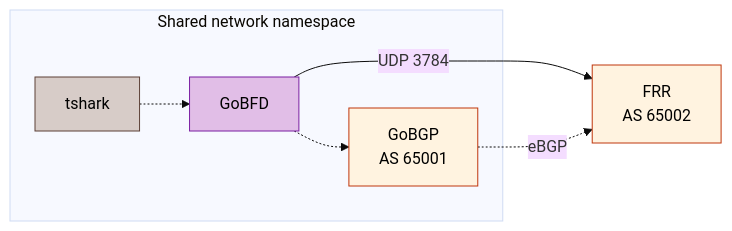
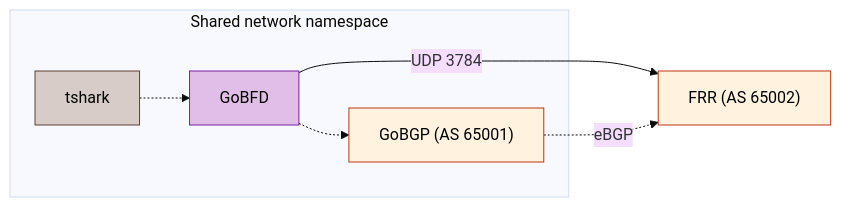
Before and after one commit to dantte-lp/gobfd: the diagram in deployments/integrations/bgp-fast-failover/README.md, drawn with Mermaid (base theme). The commit also changed 48 other files, not shown here.

First line of the commit message:
docs: align v1.0 documentation with codebase, unify Mermaid, and add mascot logo

````diff
--- a/deployments/integrations/bgp-fast-failover/README.md
+++ b/deployments/integrations/bgp-fast-failover/README.md
@@ -7,18 +7,18 @@
 ```mermaid
 flowchart LR
   accTitle: Owned BGP fast-failover lab
   accDescr: GoBFD and GoBGP share a network namespace, FRR is the BFD and eBGP peer, and tshark observes traffic; GoBFD state drives the separate GoBGP actuator.
   subgraph local["Shared network namespace"]
     bfd["GoBFD"]:::srv
-    bgp["GoBGP<br/>AS 65001"]:::brt
+    bgp["GoBGP (AS 65001)"]:::brt
     cap["tshark"]:::mgt
   end
-  frr["FRR<br/>AS 65002"]:::brt
+  frr["FRR (AS 65002)"]:::brt
   bfd -->|"UDP 3784"| frr
   bgp -.->|"eBGP"| frr
   bfd -.-> bgp
   cap -.-> bfd
   classDef srv fill:#e1bee7,stroke:#7b1fa2,color:#000
   classDef mgt fill:#d7ccc8,stroke:#5d4037,color:#000
   classDef brt fill:#fff3e0,stroke:#bf360c,color:#000
 ```
````
